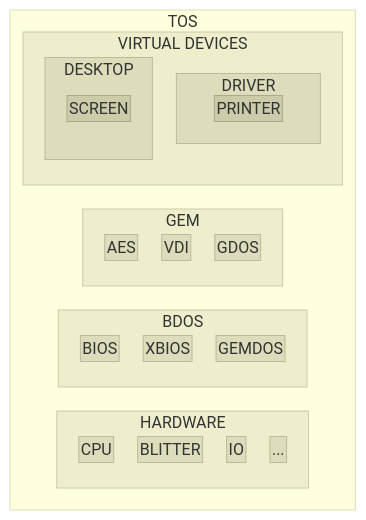
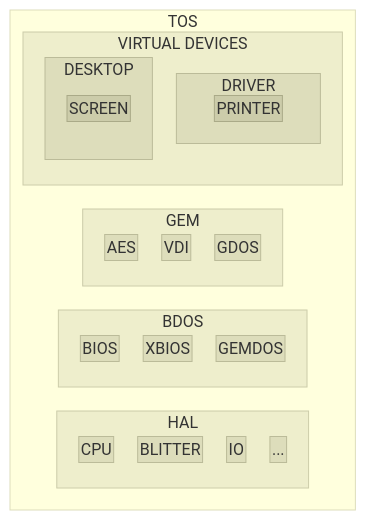
The diagram in README.md (Kochise/atari-tos), drawn with Mermaid before and after one commit. The commit also changed other lines of this file and 1 other file, not shown here.

````diff
--- a/README.md
+++ b/README.md
@@ -63,75 +169,79 @@
 ```mermaid
 %%{ init: { 'flowchart': { 'padding': 1, 'nodeSpacing': 24, 'rankSpacing': 1, 'diagramPadding': 1 }}}%%
 flowchart TD
 	subgraph TOS
-		subgraph HARDWARE
+		subgraph HAL
 			CPU
 			BLITTER
 			IO
 			...
 		end
 		subgraph BDOS
 			BIOS
 			XBIOS
 			GEMDOS
 		end
 		subgraph GEM
 			AES
 			VDI
 			GDOS
 		end
 		subgraph VD[VIRTUAL DEVICES]
 			subgraph DRIVER
 				PRINTER
 			end
 			subgraph DESKTOP
 				SCREEN
 			end
 		end
 	end
 
+	click HAL "https://github.com/Kochise/atari-tos/tree/master/HAL" _blank
 	click CPU "https://github.com/Kochise/atari-docs/tree/master/CPU68030" _blank
 	click BLITTER "https://github.com/Kochise/atari-docs/tree/master/BLITTER" _blank
 
-	click BIOS "https://github.com/Kochise/atari-tos/tree/master/HAL/BIOS" _blank
-	click XBIOS "https://github.com/Kochise/atari-tos/tree/master/HAL/XBIOS" _blank
-	click GEMDOS "https://github.com/Kochise/atari-tos/tree/master/HAL/GEMDOS" _blank
+	click BDOS "https://github.com/Kochise/atari-tos/tree/master/BDOS" _blank
+	click BIOS "https://github.com/Kochise/atari-tos/tree/master/BDOS/BIOS.md" _blank
+	click XBIOS "https://github.com/Kochise/atari-tos/tree/master/BDOS/XBIOS.md" _blank
+	click GEMDOS "https://github.com/Kochise/atari-tos/tree/master/BDOS/GEMDOS.md" _blank
 
-	click AES "https://github.com/Kochise/atari-tos/tree/master/GEM/AES" _blank
-	click VDI "https://github.com/Kochise/atari-tos/tree/master/GEM/VDI" _blank
-	click GDOS "https://github.com/Kochise/atari-tos/tree/master/GEM/GDOS" _blank
+	click GEM "https://github.com/Kochise/atari-tos/tree/master/GEM" _blank
+	click AES "https://github.com/Kochise/atari-tos/tree/master/GEM/AES.md" _blank
+	click VDI "https://github.com/Kochise/atari-tos/tree/master/GEM/VDI.md" _blank
+	click GDOS "https://github.com/Kochise/atari-tos/tree/master/GEM/GDOS.md" _blank
 
-	click SCREEN "https://github.com/Kochise/atari-tos/tree/master/VD/SCREEN" _blank
-	click PRINTER "https://github.com/Kochise/atari-tos/tree/master/VD/PRINTER" _blank
+	click VD "https://github.com/Kochise/atari-tos/tree/master/VD" _blank
+	click SCREEN "https://github.com/Kochise/atari-tos/tree/master/VD/SCREEN.md" _blank
+	click PRINTER "https://github.com/Kochise/atari-tos/tree/master/VD/PRINTER.md" _blank
 
 	classDef lvl0 fill:#ffd,stroke:#ddb;
 	classDef lvl1 fill:#eec,stroke:#cca;
 	classDef lvl2 fill:#ddb,stroke:#bb9;
 	classDef lvl3 fill:#cca,stroke:#aa8;
 	classDef lvl4 fill:#bb9,stroke:#997;
 	classDef lvl5 fill:#aa8,stroke:#886;
 
 	class TOS lvl0;
 
-	class HARDWARE lvl1
+	class HAL lvl1
 	class CPU lvl2
 	class BLITTER lvl2
 	class IO lvl2
 	class ... lvl2
 
 	class BDOS lvl1
 	class BIOS lvl2
 	class XBIOS lvl2
 	class GEMDOS lvl2
 
 	class GEM lvl1
 	class AES lvl2
 	class VDI lvl2
 	class GDOS lvl2
 
 	class VD lvl1
 	class DESKTOP lvl2
 	class SCREEN lvl3
 	class DRIVER lvl2
 	class PRINTER lvl3
 ```
````
